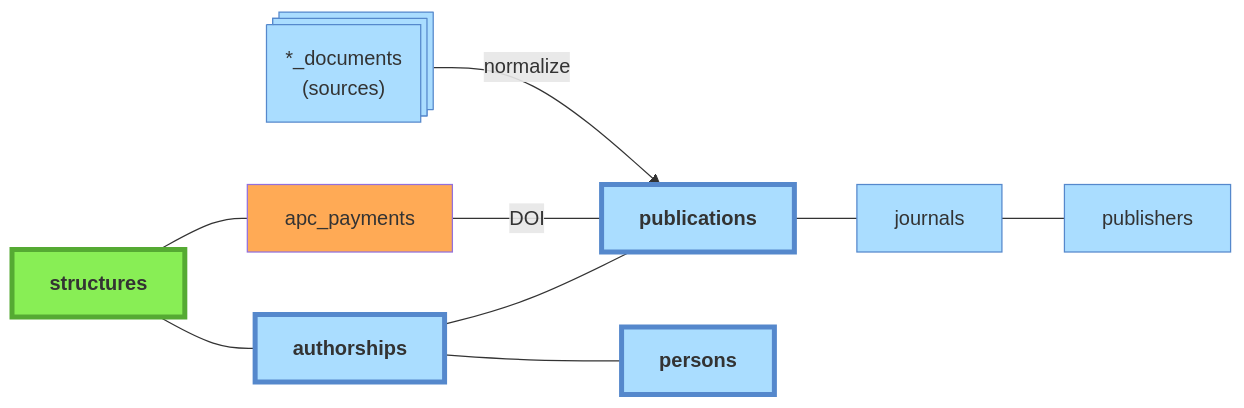
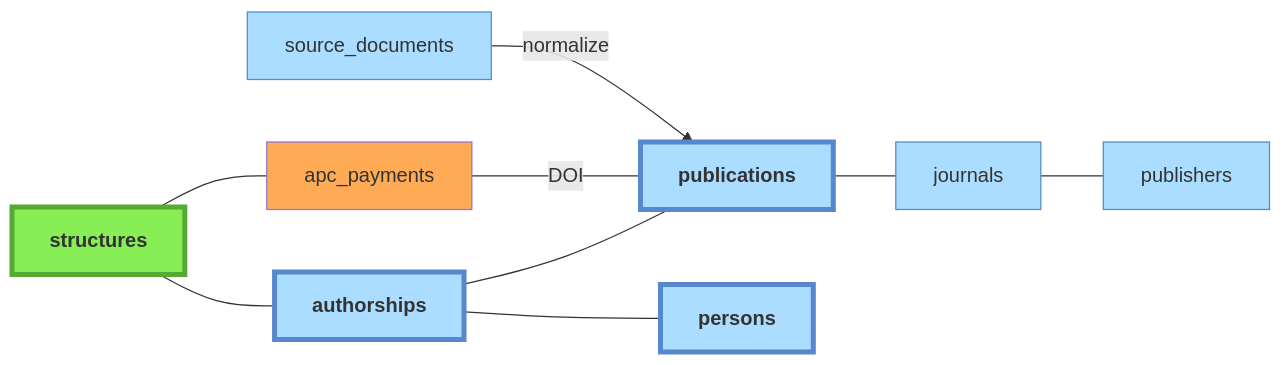
The fourth of 5 diagrams in docs/architecture.md (Y33sha/bibliometrie-uca), drawn with Mermaid before and after one commit. The commit also changed other lines of this file and 14 other files, not shown here.

````diff
--- a/docs/architecture.md
+++ b/docs/architecture.md
@@ -187,21 +187,21 @@
 ```mermaid
 flowchart LR
     structures --- authorships
     authorships --- publications
     authorships --- persons
     structures --- apc_payments
     apc_payments ---|DOI| publications
-    A@{ shape: processes, label: "*_documents\n(sources)"}-->|normalize|publications
+    source_documents-->|normalize|publications
     publications---journals
     journals---publishers
         
     classDef manuel  fill:#8e5,stroke:#5a3
     class structures,structure_name_forms,perimeters,structure_relations manuel;
     classDef csv fill:#fa5
     class apc_payments csv
     classDef auto fill:#adf,stroke:#58c
-    class A,publications,journals,publishers,authorships,persons auto
+    class source_documents,publications,journals,publishers,authorships,persons auto
     classDef main stroke-width:4px,font-weight:bold
     class structures,publications,persons,authorships main
 
 ```
````
